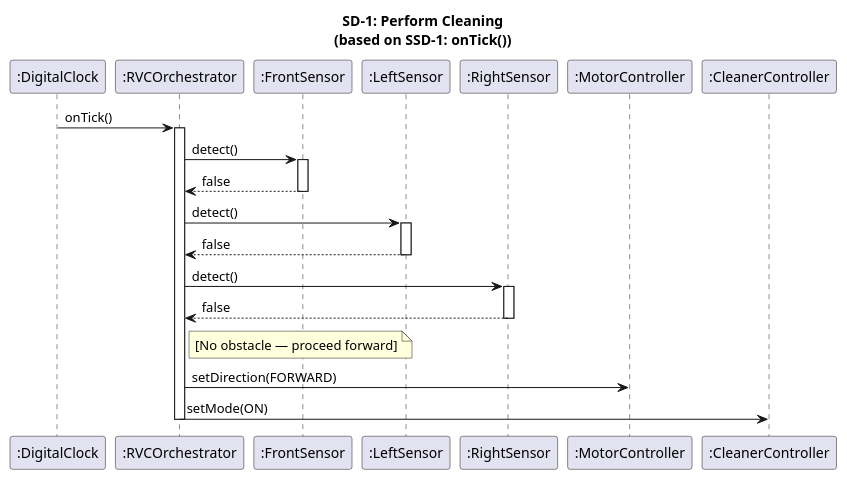
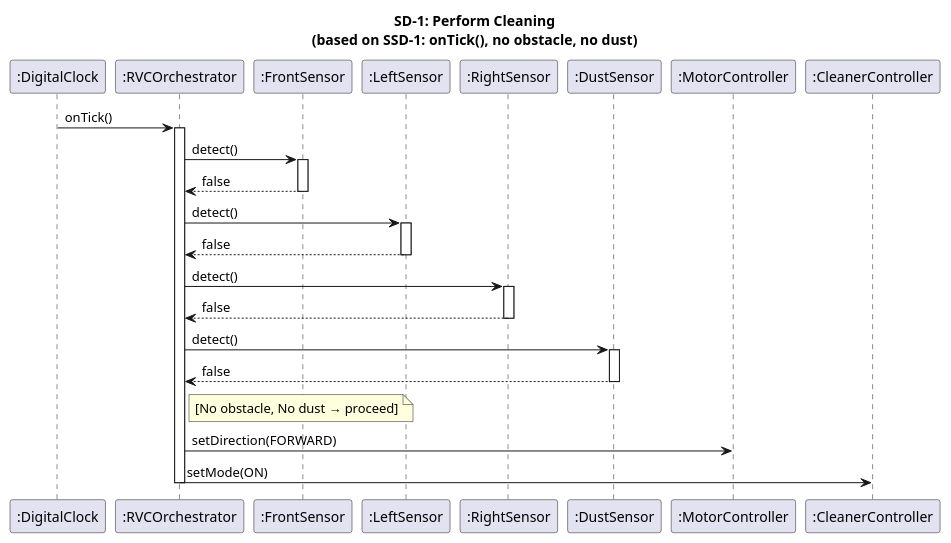
Before and after one commit to OOP-konkuk/CICD-Team7: the first of 4 diagrams in docs/vibe-coding/03-ood/sequence-diagrams.mdx, drawn with PlantUML. The commit also changed other lines of this file and 8 other files, not shown here.

First line of the commit message:
refactor(ooa/ood/ooi): Change dust detection to polling in onTick() (Option A)

````diff
--- a/docs/vibe-coding/03-ood/sequence-diagrams.mdx
+++ b/docs/vibe-coding/03-ood/sequence-diagrams.mdx
@@ -29,32 +29,37 @@
 ```plantuml
 @startuml SD1_PerformCleaning
-title SD-1: Perform Cleaning\n(based on SSD-1: onTick())
+title SD-1: Perform Cleaning\n(based on SSD-1: onTick(), no obstacle, no dust)
 
 participant ":DigitalClock" as Clock
 participant ":RVCOrchestrator" as Orch
 participant ":FrontSensor" as FS
 participant ":LeftSensor" as LS
 participant ":RightSensor" as RS
+participant ":DustSensor" as DS
 participant ":MotorController" as Motor
 participant ":CleanerController" as Cleaner
 
 Clock -> Orch : onTick()
 activate Orch
 Orch -> FS : detect()
 activate FS
 FS --> Orch : false
 deactivate FS
 Orch -> LS : detect()
 activate LS
 LS --> Orch : false
 deactivate LS
 Orch -> RS : detect()
 activate RS
 RS --> Orch : false
 deactivate RS
-note right of Orch : [No obstacle — proceed forward]
+Orch -> DS : detect()
+activate DS
+DS --> Orch : false
+deactivate DS
+note right of Orch : [No obstacle, No dust → proceed]
 Orch -> Motor : setDirection(FORWARD)
 Orch -> Cleaner : setMode(ON)
 deactivate Orch
 @enduml
 ```
````
